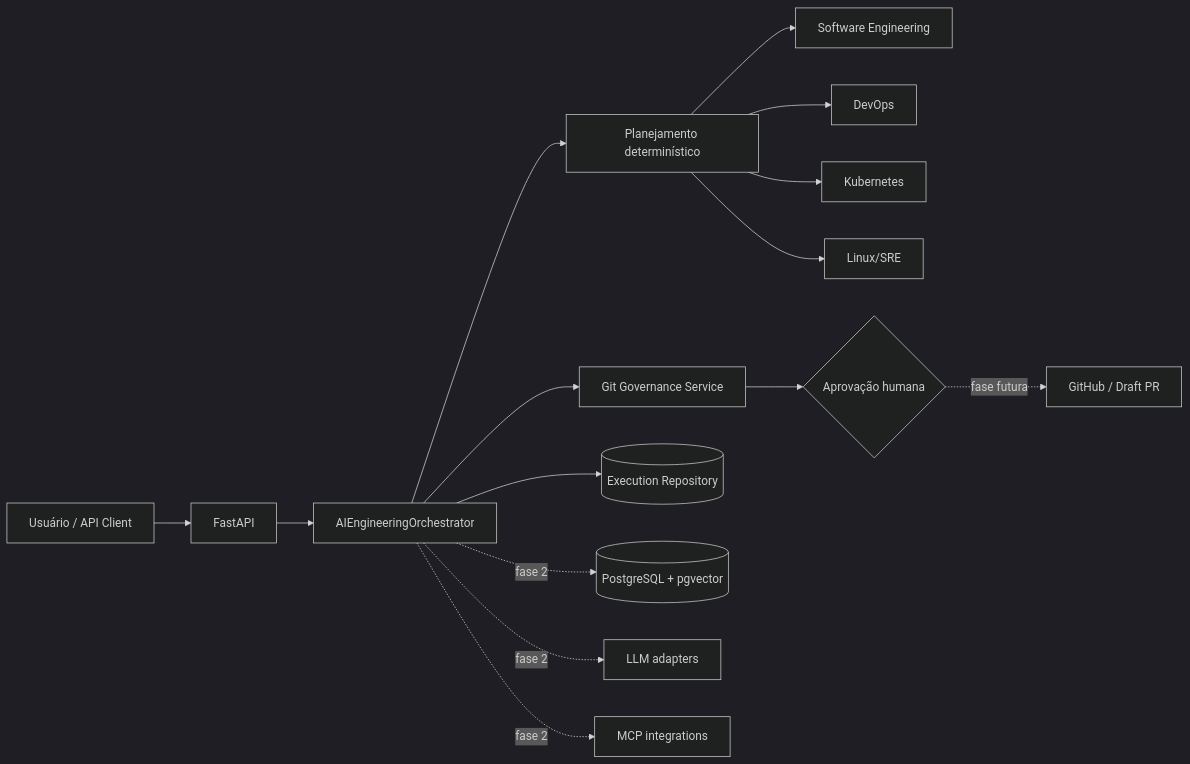
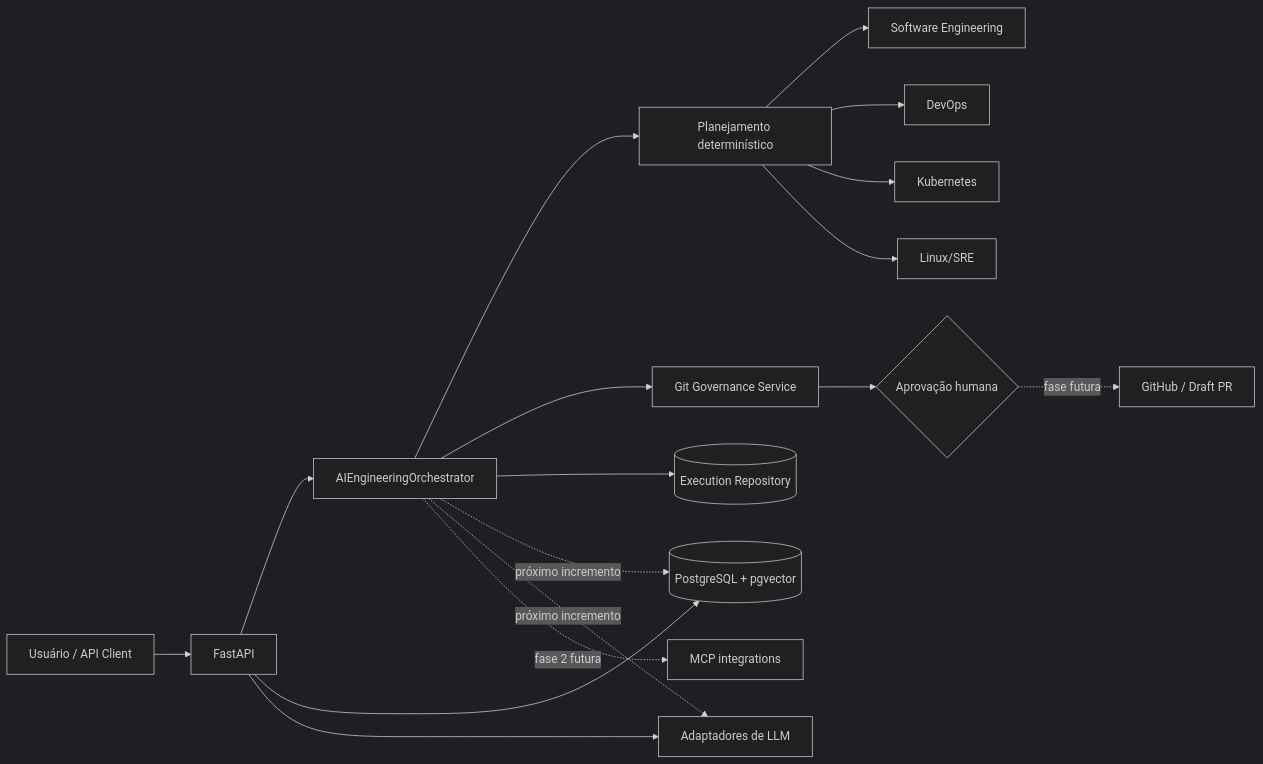
The diagram in README.md (AriRoberto/ai-engineering-orchestrator), drawn with Mermaid (dark theme) before and after one commit. The commit also changed other lines of this file and 17 other files, not shown here.

````diff
--- a/README.md
+++ b/README.md
@@ -39,17 +41,19 @@
 ```mermaid
 flowchart LR
     U[Usuário / API Client] --> API[FastAPI]
     API --> O[AIEngineeringOrchestrator]
     O --> P[Planejamento determinístico]
     P --> SE[Software Engineering]
     P --> DO[DevOps]
     P --> K8[Kubernetes]
     P --> SR[Linux/SRE]
     O --> G[Git Governance Service]
     O --> ER[(Execution Repository)]
     G --> H{Aprovação humana}
     H -. fase futura .-> GH[GitHub / Draft PR]
-    O -. fase 2 .-> KB[(PostgreSQL + pgvector)]
-    O -. fase 2 .-> LLM[LLM adapters]
-    O -. fase 2 .-> MCP[MCP integrations]
+    API --> KB[(PostgreSQL + pgvector)]
+    API --> LLM[Adaptadores de LLM]
+    O -. próximo incremento .-> KB
+    O -. próximo incremento .-> LLM
+    O -. fase 2 futura .-> MCP[MCP integrations]
 ```
````
